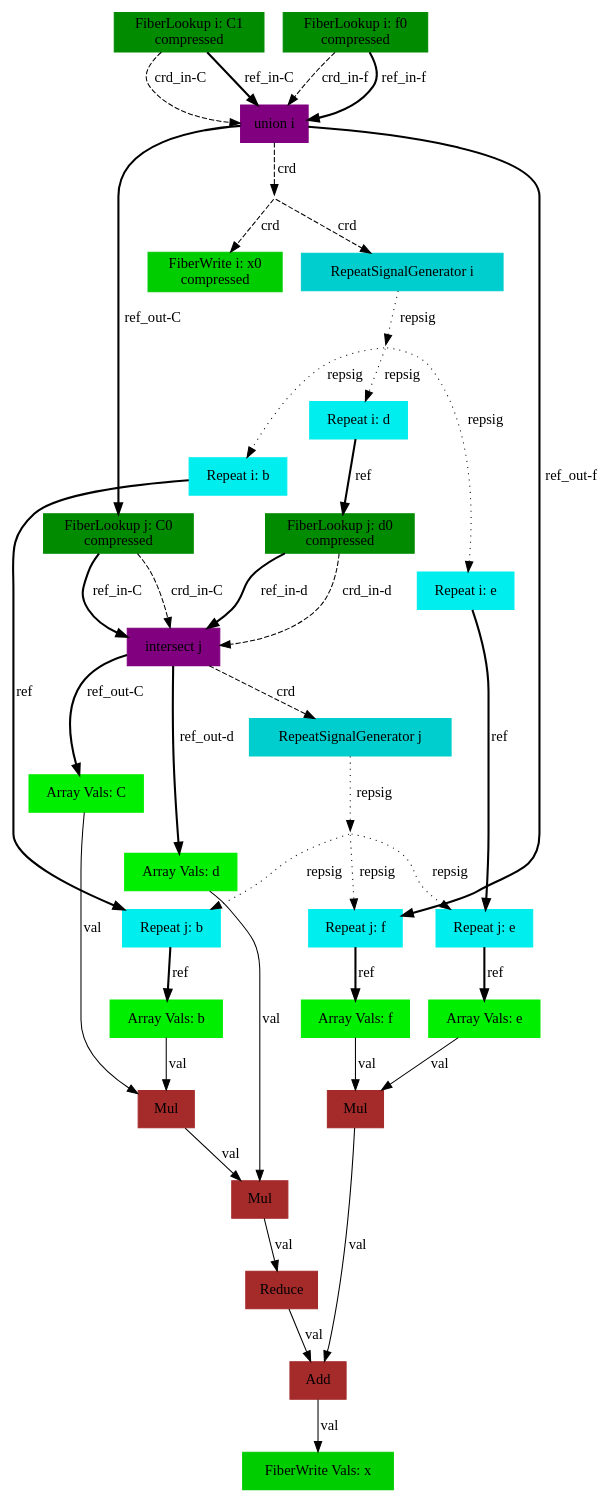
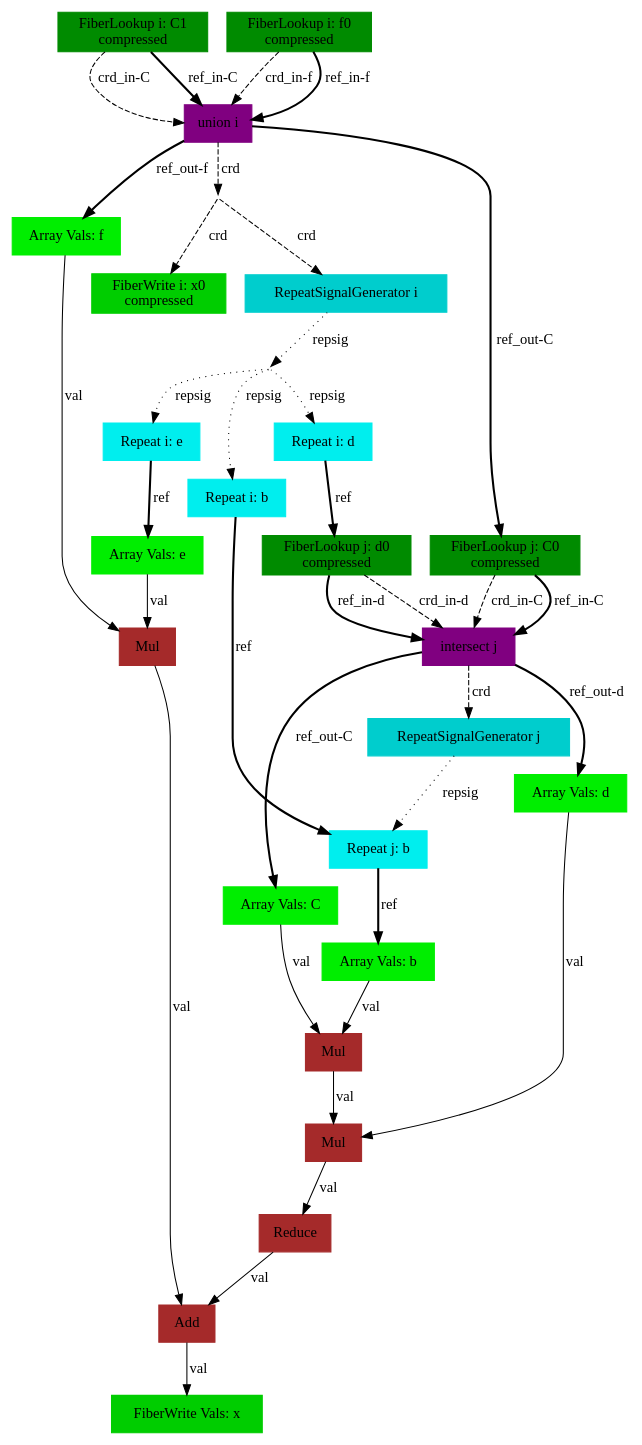
One commit to weiya711/sam changed the diagram in compiler/sam-outputs/dot/mat_mattransmul.gv. Above: the diagram before and after it, drawn with Graphviz.

Commit message:
Add in updated mattransmul graph

```diff
--- a/compiler/sam-outputs/dot/mat_mattransmul.gv
+++ b/compiler/sam-outputs/dot/mat_mattransmul.gv
@@ -1,72 +1,64 @@
 digraph SAM {
     comment="x=s0,b=none,C=ss10,d=s0,e=none,f=s0"
     27 [comment="type=fiberlookup,index=i,tensor=C,mode=1,format=compressed,src=true,root=true" label="FiberLookup i: C1\ncompressed" color=green4 shape=box style=filled type="fiberlookup" index="i" tensor="C" mode="1" format="compressed" src="true" root="true"]
     26 [comment="type=union,index=i" label="union i" color=purple shape=box style=filled type="union" index="i"]
     25 [comment="type=broadcast" shape=point style=invis type="broadcast"]
     1 [comment="type=fiberwrite,index=i,tensor=x,mode=0,format=compressed,segsize=2,crdsize=C1_dim,sink=true" label="FiberWrite i: x0\ncompressed" color=green3 shape=box style=filled type="fiberwrite" index="i" tensor="x" mode="0" format="compressed" segsize="2" crdsize="C1_dim" sink="true"]
     24 [comment="type=repsiggen,index=i" label="RepeatSignalGenerator i" color=cyan3 shape=box style=filled type="repsiggen" index="i"]
     23 [comment="type=broadcast" shape=point style=invis type="broadcast"]
     20 [comment="type=repeat,index=i,tensor=b,root=true" label="Repeat i: b" color=cyan2 shape=box style=filled type="repeat" index="i" tensor="b" root="true"]
     12 [comment="type=repeat,index=j,tensor=b,root=false" label="Repeat j: b" color=cyan2 shape=box style=filled type="repeat" index="j" tensor="b" root="false"]
     6 [comment="type=arrayvals,tensor=b" label="Array Vals: b" color=green2 shape=box style=filled type="arrayvals" tensor="b"]
     5 [comment="type=mul" label="Mul" color=brown shape=box style=filled type="mul"]
     4 [comment="type=mul" label="Mul" color=brown shape=box style=filled type="mul"]
     3 [comment="type=add,sub=0" label="Add" color=brown shape=box style=filled type="add" sub="0"]
     2 [comment="type=reduce" label="Reduce" color=brown shape=box style=filled type="reduce"]
     0 [comment="type=fiberwrite,mode=vals,tensor=x,size=1*C1_dim,sink=true" label="FiberWrite Vals: x" color=green3 shape=box style=filled type="fiberwrite" tensor="x" mode="vals" size="1*C1_dim" sink="true"]
     21 [comment="type=repeat,index=i,tensor=d,root=true" label="Repeat i: d" color=cyan2 shape=box style=filled type="repeat" index="i" tensor="d" root="true"]
     19 [comment="type=fiberlookup,index=j,tensor=d,mode=0,format=compressed,src=true,root=false" label="FiberLookup j: d0\ncompressed" color=green4 shape=box style=filled type="fiberlookup" index="j" tensor="d" mode="0" format="compressed" src="true" root="false"]
     17 [comment="type=intersect,index=j" label="intersect j" color=purple shape=box style=filled type="intersect" index="j"]
     16 [comment="type=repsiggen,index=j" label="RepeatSignalGenerator j" color=cyan3 shape=box style=filled type="repsiggen" index="j"]
-    15 [comment="type=broadcast" shape=point style=invis type="broadcast"]
-    13 [comment="type=repeat,index=j,tensor=e,root=false" label="Repeat j: e" color=cyan2 shape=box style=filled type="repeat" index="j" tensor="e" root="false"]
     10 [comment="type=arrayvals,tensor=e" label="Array Vals: e" color=green2 shape=box style=filled type="arrayvals" tensor="e"]
     9 [comment="type=mul" label="Mul" color=brown shape=box style=filled type="mul"]
-    14 [comment="type=repeat,index=j,tensor=f,root=false" label="Repeat j: f" color=cyan2 shape=box style=filled type="repeat" index="j" tensor="f" root="false"]
     11 [comment="type=arrayvals,tensor=f" label="Array Vals: f" color=green2 shape=box style=filled type="arrayvals" tensor="f"]
     7 [comment="type=arrayvals,tensor=C" label="Array Vals: C" color=green2 shape=box style=filled type="arrayvals" tensor="C"]
     8 [comment="type=arrayvals,tensor=d" label="Array Vals: d" color=green2 shape=box style=filled type="arrayvals" tensor="d"]
     22 [comment="type=repeat,index=i,tensor=e,root=true" label="Repeat i: e" color=cyan2 shape=box style=filled type="repeat" index="i" tensor="e" root="true"]
     18 [comment="type=fiberlookup,index=j,tensor=C,mode=0,format=compressed,src=true,root=false" label="FiberLookup j: C0\ncompressed" color=green4 shape=box style=filled type="fiberlookup" index="j" tensor="C" mode="0" format="compressed" src="true" root="false"]
     28 [comment="type=fiberlookup,index=i,tensor=f,mode=0,format=compressed,src=true,root=true" label="FiberLookup i: f0\ncompressed" color=green4 shape=box style=filled type="fiberlookup" index="i" tensor="f" mode="0" format="compressed" src="true" root="true"]
     27 -> 26 [label="crd_in-C" style=dashed type="crd" comment="in-C"]
     26 -> 25 [label="crd" style=dashed type="crd"]
     25 -> 1 [label="crd" style=dashed type="crd"]
     25 -> 24 [label="crd" style=dashed type="crd"]
     24 -> 23 [label="repsig" style=dotted type="repsig"]
     23 -> 20 [label="repsig" style=dotted type="repsig"]
     20 -> 12 [label="ref" style=bold type="ref"]
     12 -> 6 [label="ref" style=bold type="ref"]
     6 -> 5 [label="val" type="val"]
     5 -> 4 [label="val" type="val"]
     4 -> 2 [label="val" type="val"]
     3 -> 0 [label="val" type="val"]
     2 -> 3 [label="val" type="val"]
     23 -> 21 [label="repsig" style=dotted type="repsig"]
     21 -> 19 [label="ref" style=bold type="ref"]
     19 -> 17 [label="crd_in-d" style=dashed type="crd" comment="in-d"]
     17 -> 16 [label="crd" style=dashed type="crd"]
-    16 -> 15 [label="repsig" style=dotted type="repsig"]
-    15 -> 12 [label="repsig" style=dotted type="repsig"]
-    15 -> 13 [label="repsig" style=dotted type="repsig"]
-    13 -> 10 [label="ref" style=bold type="ref"]
+    16 ->  12 [label="repsig" style=dotted type="repsig"]
+    22 -> 10 [label="ref" style=bold type="ref"]
     10 -> 9 [label="val" type="val"]
     9 -> 3 [label="val" type="val"]
-    15 -> 14 [label="repsig" style=dotted type="repsig"]
-    14 -> 11 [label="ref" style=bold type="ref"]
     11 -> 9 [label="val" type="val"]
     17 -> 7 [label="ref_out-C" style=bold type="ref" comment="out-C"]
     7 -> 5 [label="val" type="val"]
     17 -> 8 [label="ref_out-d" style=bold type="ref" comment="out-d"]
     8 -> 4 [label="val" type="val"]
     19 -> 17 [label="ref_in-d" style=bold type="ref" comment="in-d"]
     23 -> 22 [label="repsig" style=dotted type="repsig"]
-    22 -> 13 [label="ref" style=bold type="ref"]
     26 -> 18 [label="ref_out-C" style=bold type="ref" comment="out-C"]
     18 -> 17 [label="crd_in-C" style=dashed type="crd" comment="in-C"]
     18 -> 17 [label="ref_in-C" style=bold type="ref" comment="in-C"]
-    26 -> 14 [label="ref_out-f" style=bold type="ref" comment="out-f"]
+    26 -> 11 [label="ref_out-f" style=bold type="ref" comment="out-f"]
     27 -> 26 [label="ref_in-C" style=bold type="ref" comment="in-C"]
     28 -> 26 [label="crd_in-f" style=dashed type="crd" comment="in-f"]
     28 -> 26 [label="ref_in-f" style=bold type="ref" comment="in-f"]
 }
```
